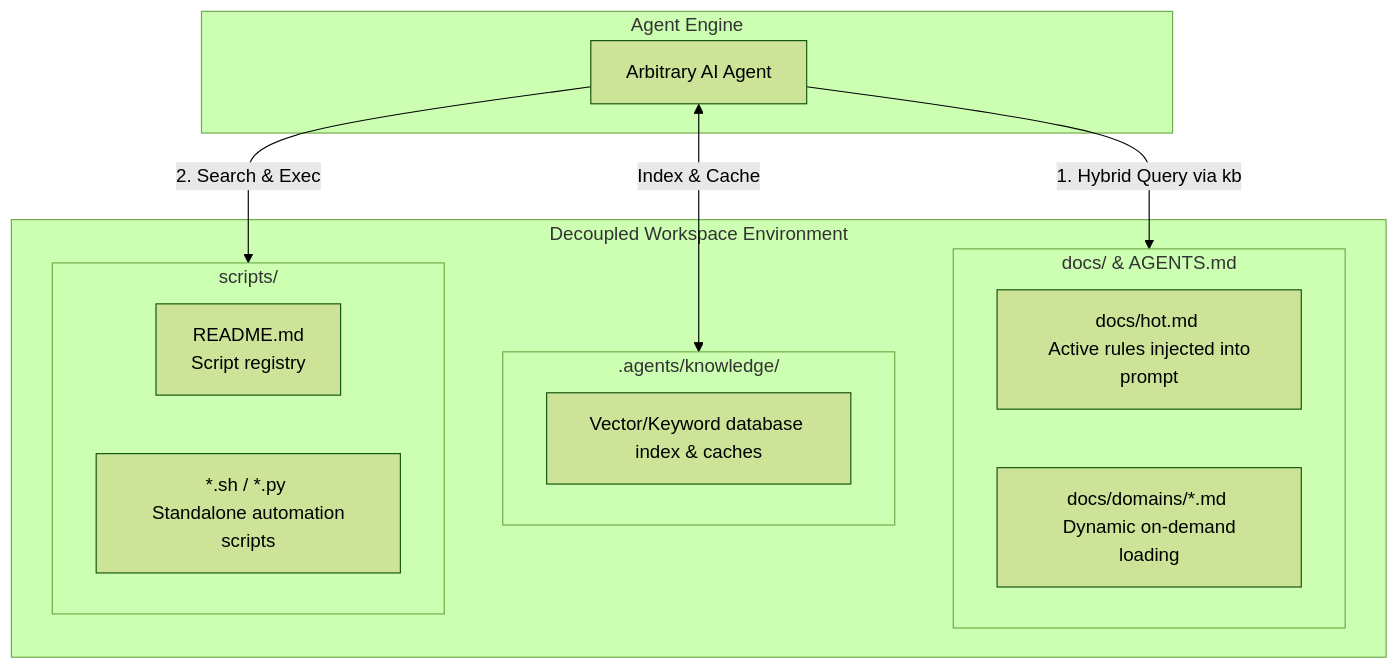
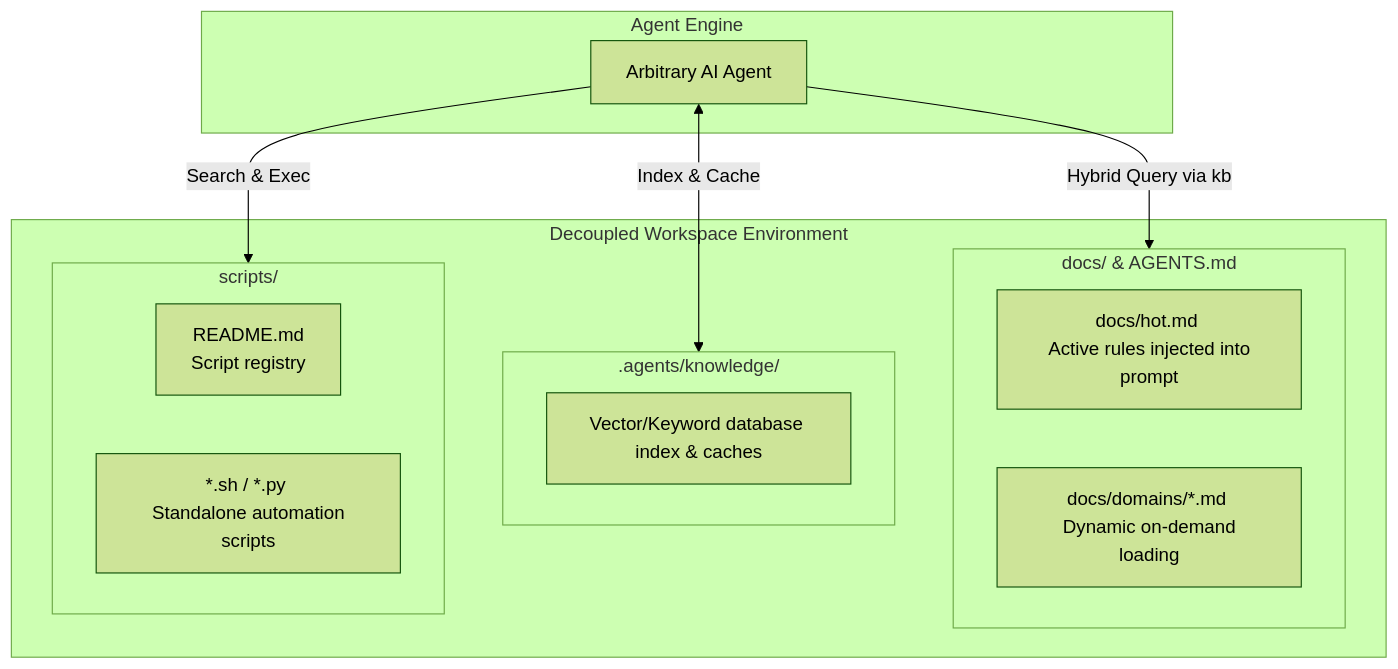
The first of 2 diagrams in content/Research/agent-self-improvement.md (xdflatline/quartz), drawn with Mermaid (forest theme) before and after one commit. The commit also changed other lines of this file, not shown here.

First line of the commit message:
fix(research): drop decorative numbering from mermaid edge labels

````diff
--- a/content/Research/agent-self-improvement.md
+++ b/content/Research/agent-self-improvement.md
@@ -29,24 +29,24 @@
 ```mermaid
 flowchart TD
     subgraph AgentRuntime [Agent Engine]
         Agent[Arbitrary AI Agent]
     end
 
     subgraph Workspace [Decoupled Workspace Environment]
         subgraph HumanReadable [docs/ & AGENTS.md]
             Hot[docs/hot.md <br> Active rules injected into prompt]
             Warm[docs/domains/*.md <br> Dynamic on-demand loading]
         end
         subgraph ToolPrivate [.agents/knowledge/]
             Meta[Vector/Keyword database index & caches]
         end
         subgraph ScriptsDirectory [scripts/]
             Registry[README.md <br> Script registry]
             S["*.sh / *.py <br> Standalone automation scripts"]
         end
     end
 
-    Agent -->|1. Hybrid Query via kb| HumanReadable
+    Agent -->|Hybrid Query via kb| HumanReadable
     Agent <-->|Index & Cache| ToolPrivate
-    Agent -->|2. Search & Exec| ScriptsDirectory
+    Agent -->|Search & Exec| ScriptsDirectory
 ```
````
